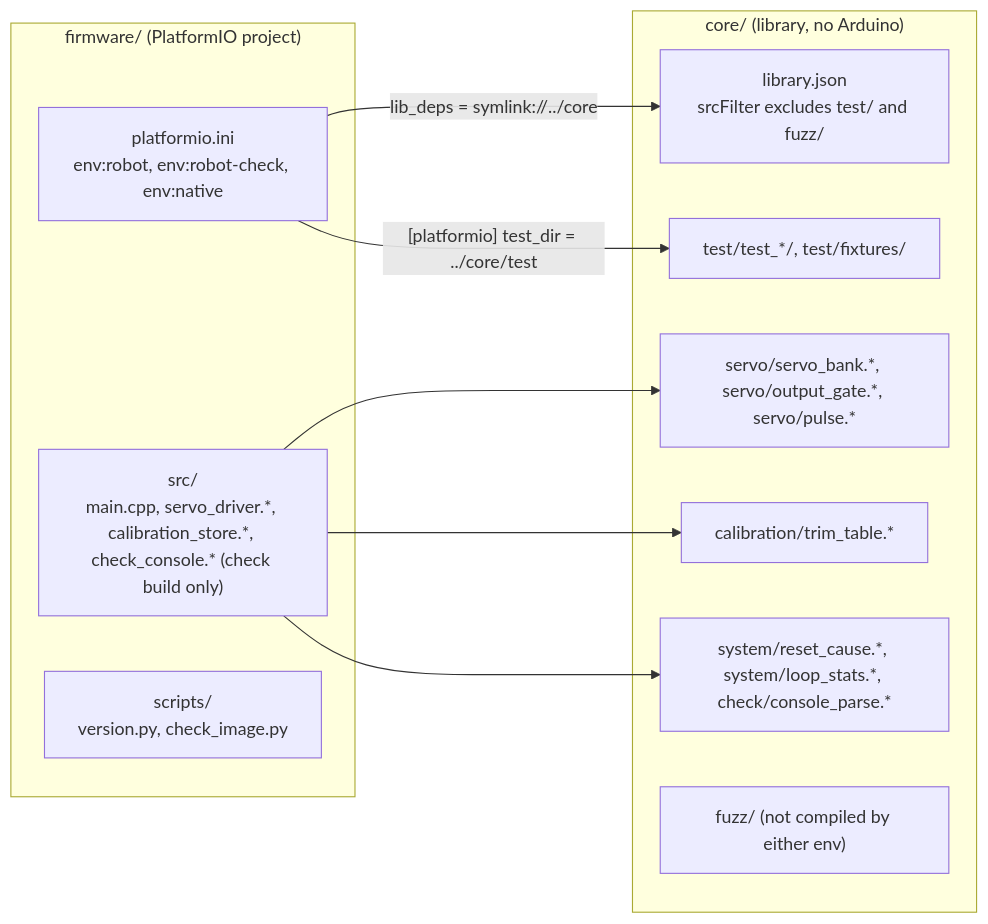
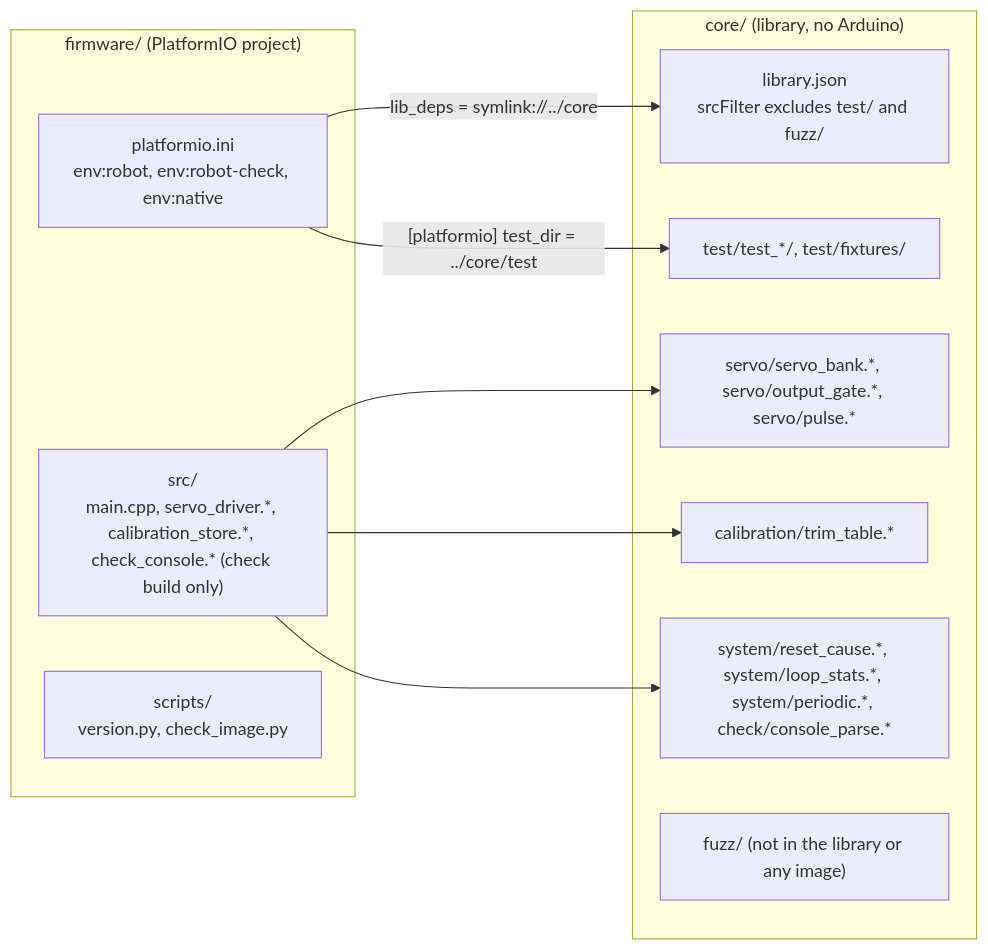
Before and after one commit to blackfyre/mini-spooder: the first of 4 diagrams in openspec/changes/firmware-foundation/design.md, drawn with Mermaid. The commit also changed other lines of this file and 4 other files, not shown here.

First line of the commit message:
Finish firmware-foundation: token-free direct command, check origin, deadline rule, fuzz inclusion, check order

````diff
--- a/openspec/changes/firmware-foundation/design.md
+++ b/openspec/changes/firmware-foundation/design.md
@@ -39,21 +39,21 @@
 ```mermaid
 flowchart LR
   subgraph firmware["firmware/ (PlatformIO project)"]
     ini["platformio.ini<br/>env:robot, env:robot-check, env:native"]
     src["src/<br/>main.cpp, servo_driver.*, calibration_store.*, check_console.* (check build only)"]
     scripts["scripts/<br/>version.py, check_image.py"]
   end
   subgraph core["core/ (library, no Arduino)"]
     lib["library.json<br/>srcFilter excludes test/ and fuzz/"]
     servo["servo/servo_bank.*, servo/output_gate.*, servo/pulse.*"]
     cal["calibration/trim_table.*"]
-    sys["system/reset_cause.*, system/loop_stats.*, check/console_parse.*"]
+    sys["system/reset_cause.*, system/loop_stats.*, system/periodic.*, check/console_parse.*"]
     tests["test/test_*/, test/fixtures/"]
-    fuzz["fuzz/ (not compiled by either env)"]
+    fuzz["fuzz/ (not in the library or any image)"]
   end
   ini -- "lib_deps = symlink://../core" --> lib
   ini -- "[platformio] test_dir = ../core/test" --> tests
   src --> servo
   src --> cal
   src --> sys
 ```
````
